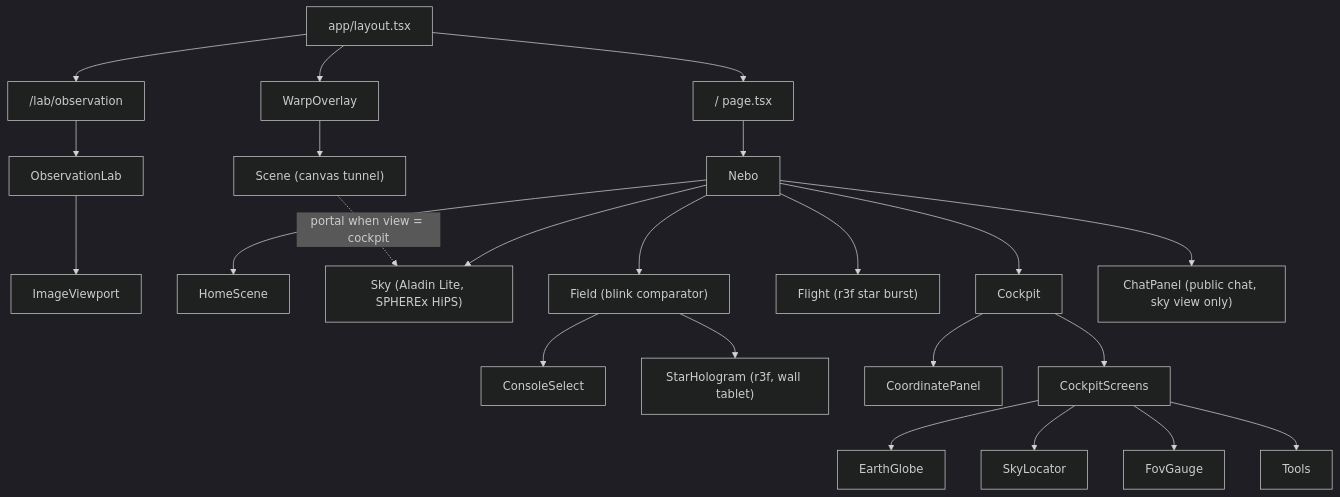
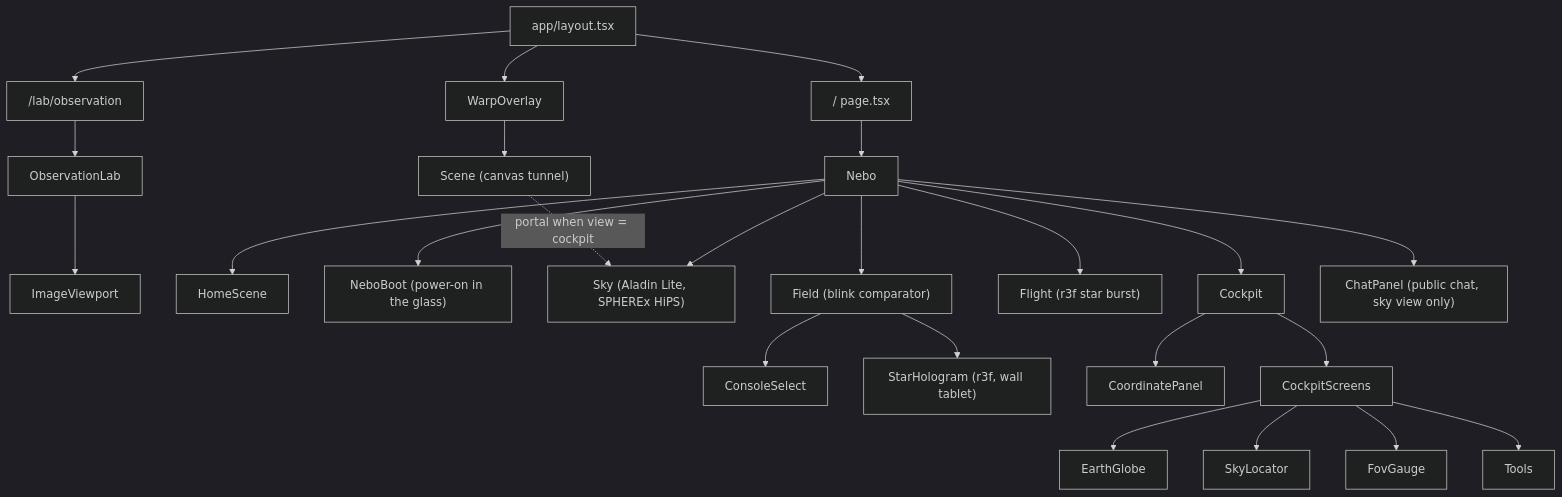
Before and after one commit to toroc07/nebo-app: the eighth of 10 diagrams in docs/architecture.md, drawn with Mermaid (dark theme). The commit also changed other lines of this file and 7 other files, not shown here.

Commit message:
feat: Nebo power-on before the approach, controls locked until it ends, Coords key, Reset clears the form

````diff
--- a/docs/architecture.md
+++ b/docs/architecture.md
@@ -411,18 +411,19 @@
 ```mermaid
 graph TD
   Layout["app/layout.tsx"] --> Page["/ page.tsx"] --> Nebo
   Layout --> WarpOverlay --> Scene["Scene (canvas tunnel)"]
   Layout --> LabPage["/lab/observation"] --> ObservationLab --> ImageViewport
   Nebo --> HomeScene
+  Nebo --> NeboBoot["NeboBoot (power-on in the glass)"]
   Nebo --> Sky["Sky (Aladin Lite, SPHEREx HiPS)"]
   Nebo --> Cockpit
   Nebo --> Flight["Flight (r3f star burst)"]
   Nebo --> Field["Field (blink comparator)"]
   Nebo --> ChatPanel["ChatPanel (public chat, sky view only)"]
   Field --> ConsoleSelect
   Field --> StarHologram["StarHologram (r3f, wall tablet)"]
   Cockpit --> CoordinatePanel
   Cockpit --> CockpitScreens
   CockpitScreens --> EarthGlobe & SkyLocator & FovGauge & Tools
   Scene -. "portal when view = cockpit" .-> Sky
 ```
````
